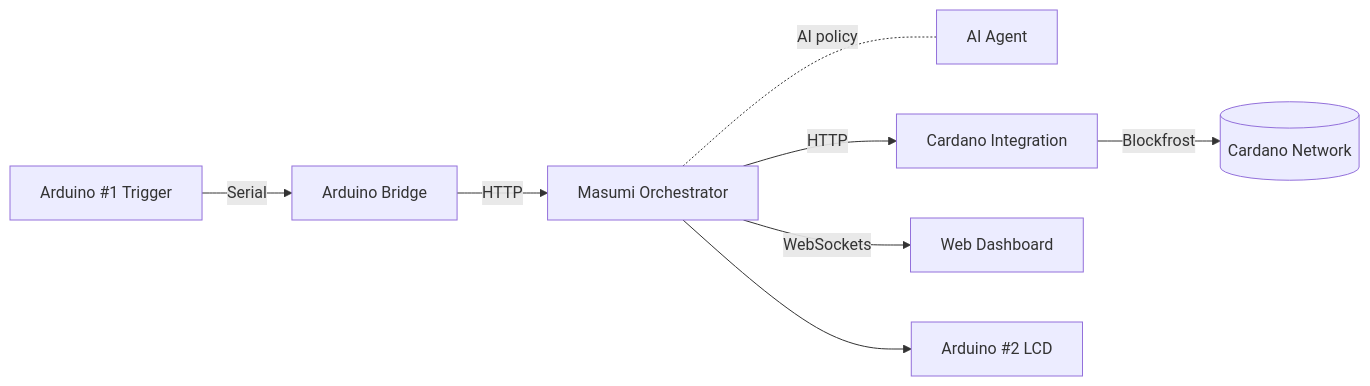
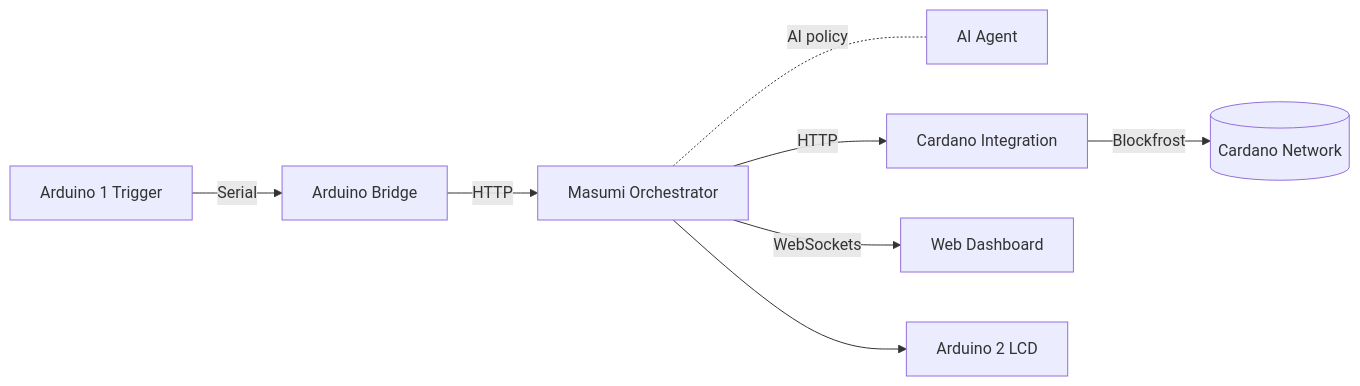
Before and after one commit to DhanushKenkiri/IndiaCodexHackathon--25-Submission: the first of 3 diagrams in arduino-brisumi-satoshi-real-system/README.md, drawn with Mermaid. The commit also changed other lines of this file, not shown here.

````diff
--- a/arduino-brisumi-satoshi-real-system/README.md
+++ b/arduino-brisumi-satoshi-real-system/README.md
@@ -52,10 +89,10 @@
 ```mermaid
 flowchart LR
-    A[Arduino #1 Trigger] -->|Serial| B[Arduino Bridge]
+    A[Arduino 1 Trigger] -->|Serial| B[Arduino Bridge]
     B -->|HTTP| C[Masumi Orchestrator]
     C -. AI policy .- D[AI Agent]
     C -->|HTTP| E[Cardano Integration]
     E -->|Blockfrost| F[(Cardano Network)]
     C -->|WebSockets| G[Web Dashboard]
-    C --> H[Arduino #2 LCD]
+    C --> H[Arduino 2 LCD]
 ```
````
